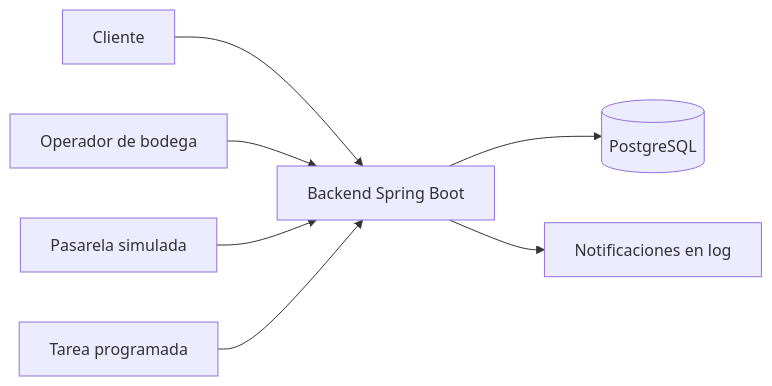
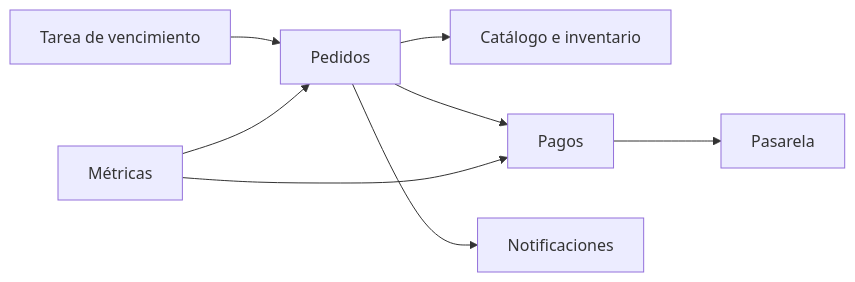
One commit to RichJ-100/Caso-4-Pedidos changed the third of 5 diagrams in README.md. Above: the diagram before and after it, drawn with Mermaid. The commit also changed other lines of this file, not shown here.

````diff
--- a/README.md
+++ b/README.md
@@ -17,9 +83,10 @@
 ```mermaid
 flowchart LR
-    Cliente --> API[Backend Spring Boot]
-    Operador[Operador de bodega] --> API
-    API --> DB[(PostgreSQL)]
-    Pasarela[Pasarela simulada] --> API
-    API --> Notificaciones[Notificaciones en log]
-    Expiracion[Tarea programada] --> API
+    PED[Pedidos] --> CAT[Catálogo e inventario]
+    PED --> PAG[Pagos]
+    PED --> NOT[Notificaciones]
+    PAG --> PAS[Pasarela]
+    EXP[Tarea de vencimiento] --> PED
+    MET[Métricas] --> PED
+    MET --> PAG
 ```
````
